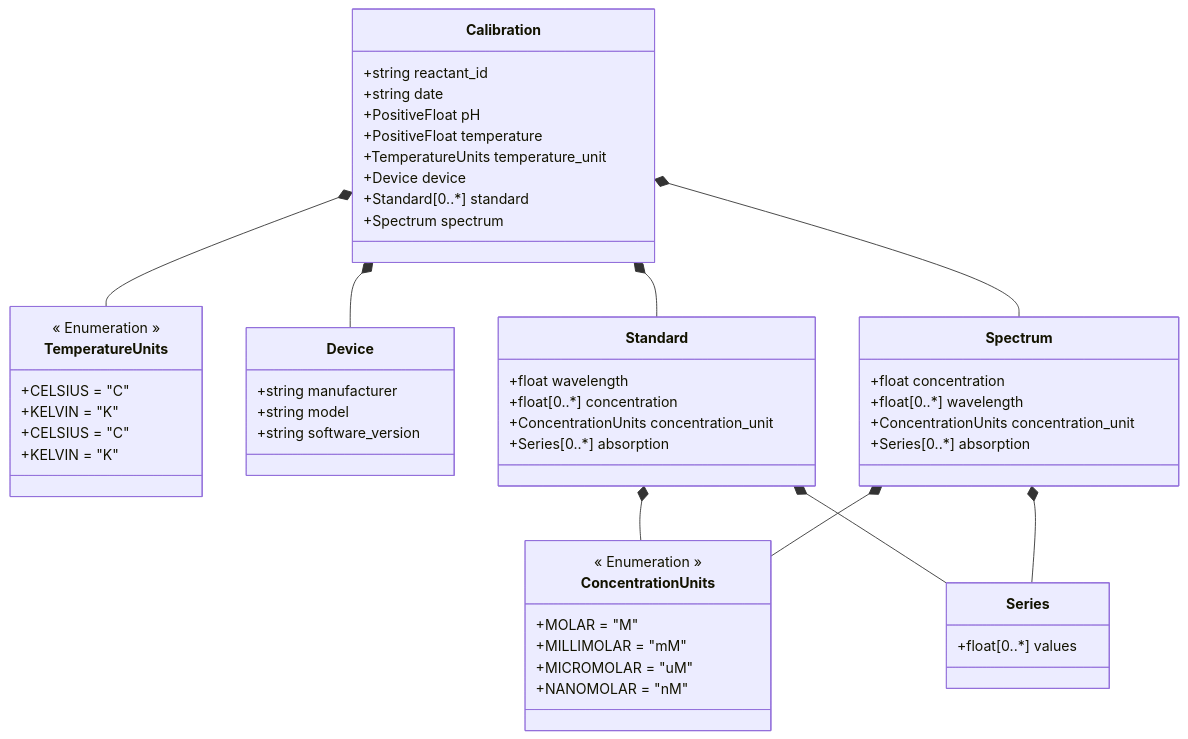
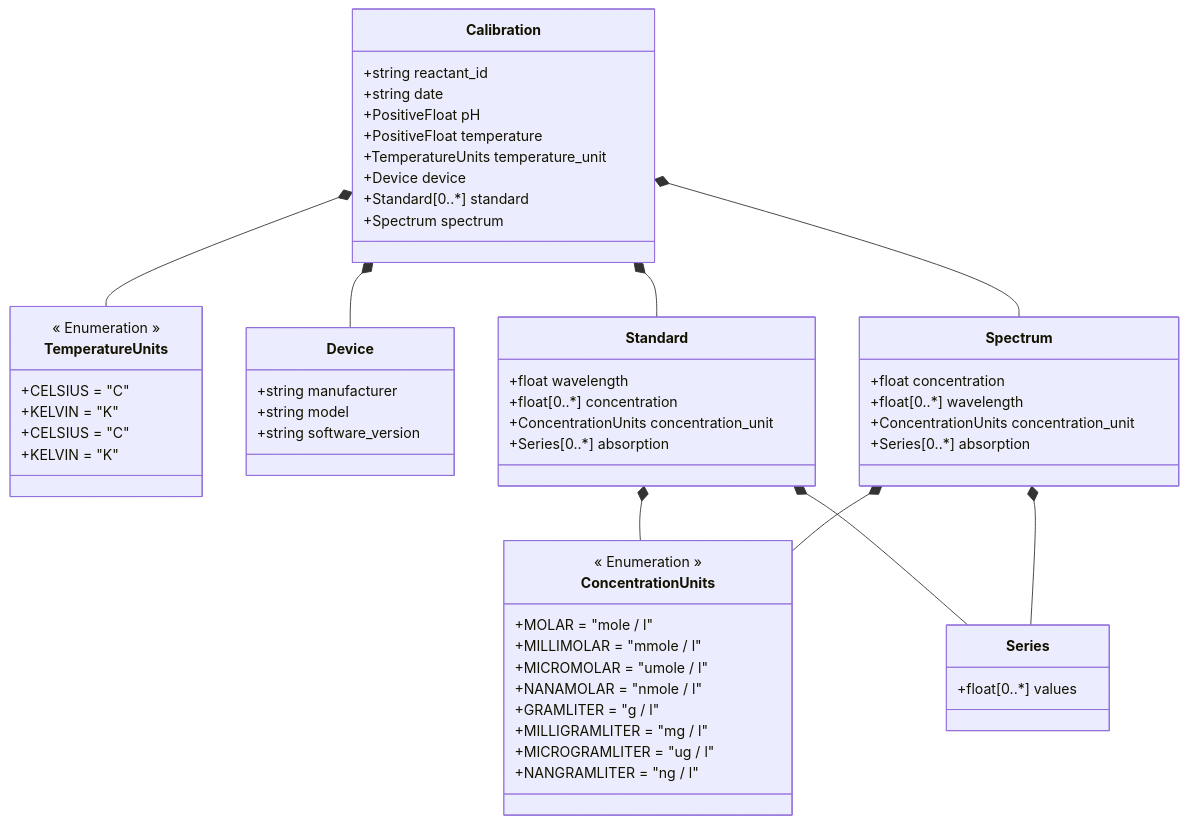
One commit to FAIRChemistry/datamodel_calibration changed the diagram in Calibration/schemes/Calibration data-model.md. Above: the diagram before and after it, drawn with Mermaid. The commit also changed 6 other files, not shown here.

````diff
--- a/Calibration/schemes/Calibration data-model.md
+++ b/Calibration/schemes/Calibration data-model.md
@@ -1,67 +1,71 @@
 ```mermaid
 classDiagram
     Calibration *-- TemperatureUnits
     Calibration *-- Device
     Calibration *-- Standard
     Calibration *-- Spectrum
     Standard *-- ConcentrationUnits
     Standard *-- Series
     Spectrum *-- ConcentrationUnits
     Spectrum *-- Series
     
     class Calibration {
         +string reactant_id
         +string date
         +PositiveFloat pH
         +PositiveFloat temperature
         +TemperatureUnits temperature_unit
         +Device device
         +Standard[0..*] standard
         +Spectrum spectrum
     }
     
     class Device {
         +string manufacturer
         +string model
         +string software_version
     }
     
     class Standard {
         +float wavelength
         +float[0..*] concentration
         +ConcentrationUnits concentration_unit
         +Series[0..*] absorption
     }
     
     class Spectrum {
         +float concentration
         +float[0..*] wavelength
         +ConcentrationUnits concentration_unit
         +Series[0..*] absorption
     }
     
     class Series {
         +float[0..*] values
     }
     
     class TemperatureUnits {
         << Enumeration >>
         +CELSIUS = "C"
         +KELVIN = "K"
     }
     
     class TemperatureUnits {
         << Enumeration >>
         +CELSIUS = "C"
         +KELVIN = "K"
     }
     
     class ConcentrationUnits {
         << Enumeration >>
-        +MOLAR = "M"
-        +MILLIMOLAR = "mM"
-        +MICROMOLAR = "uM"
-        +NANOMOLAR = "nM"
+        +MOLAR = "mole / l"
+        +MILLIMOLAR = "mmole / l"
+        +MICROMOLAR = "umole / l"
+        +NANAMOLAR = "nmole / l"
+        +GRAMLITER = "g / l"
+        +MILLIGRAMLITER = "mg / l"
+        +MICROGRAMLITER = "ug / l"
+        +NANGRAMLITER = "ng / l"
     }
     
 ```
````
